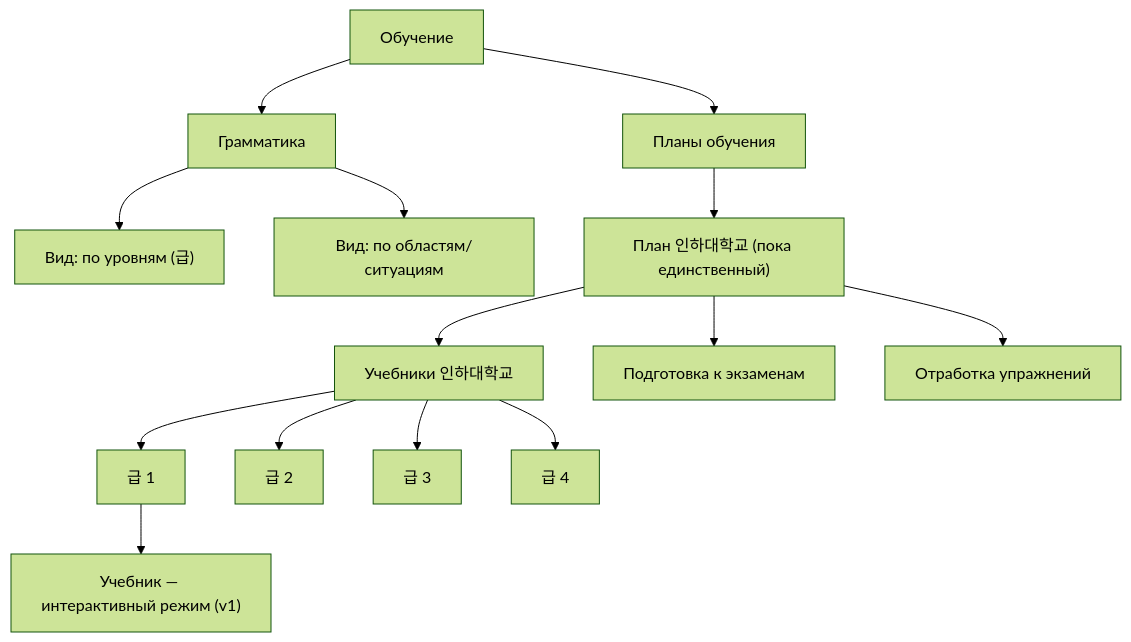
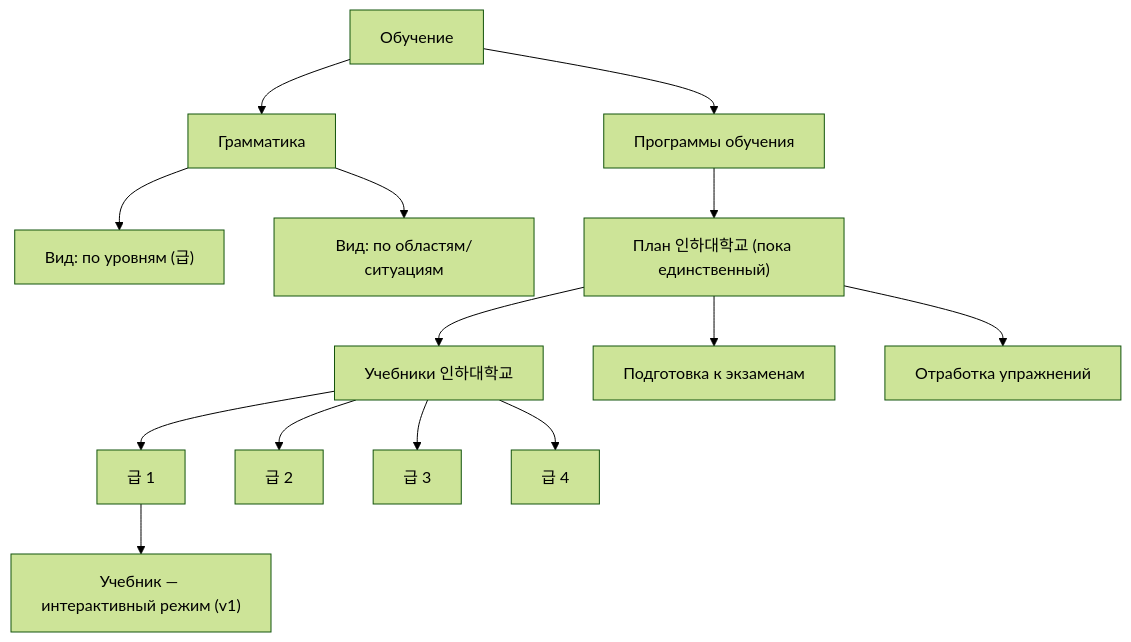
One commit to Grognakir/korean-learning-app changed the diagram in docs/dev_docs/3-dictionary-and-learning.md. Above: the diagram before and after it, drawn with Mermaid (forest theme). The commit also changed other lines of this file and 43 other files, not shown here.

````diff
--- a/docs/dev_docs/3-dictionary-and-learning.md
+++ b/docs/dev_docs/3-dictionary-and-learning.md
@@ -124,16 +124,16 @@
 ```mermaid
 graph TD
   A["Обучение"] --> B["Грамматика"]
-  A --> C["Планы обучения"]
+  A --> C["Программы обучения"]
   B --> B1["Вид: по уровням (급)"]
   B --> B2["Вид: по областям/ситуациям"]
   C --> D["План 인하대학교 (пока единственный)"]
   D --> E["Учебники 인하대학교"]
   D --> F["Подготовка к экзаменам"]
   D --> G["Отработка упражнений"]
   E --> H1["급 1"]
   E --> H2["급 2"]
   E --> H3["급 3"]
   E --> H4["급 4"]
   H1 --> I["Учебник — интерактивный режим (v1)"]
 ```
````
